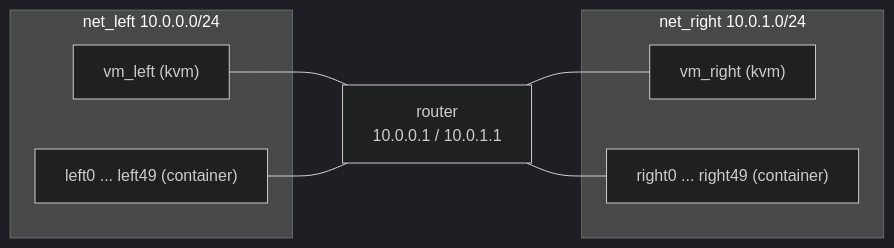
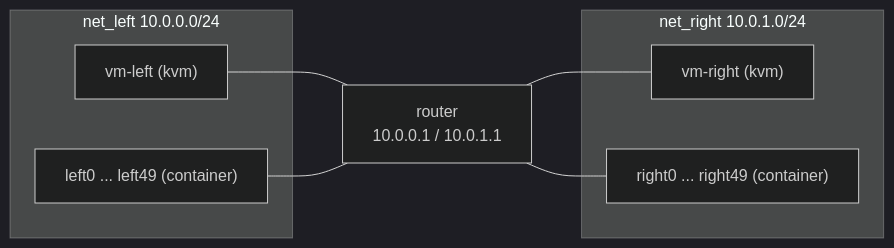
Before and after one commit to sandia-minimega/minimega: the diagram in doc/content/training/miniclass/17-containers.md, drawn with Mermaid (dark theme). The commit also changed other lines of this file and 40 other files, not shown here.

````diff
--- a/doc/content/training/miniclass/17-containers.md
+++ b/doc/content/training/miniclass/17-containers.md
@@ -233,15 +233,15 @@
 ```mermaid
 flowchart LR
     subgraph left["net_left 10.0.0.0/24"]
-        vm_left["vm_left (kvm)"]
+        vm-left["vm-left (kvm)"]
         l["left0 ... left49 (container)"]
     end
     subgraph right["net_right 10.0.1.0/24"]
-        vm_right["vm_right (kvm)"]
+        vm-right["vm-right (kvm)"]
         r["right0 ... right49 (container)"]
     end
-    vm_left --- router
+    vm-left --- router
     l --- router
-    router["router<br>10.0.0.1 / 10.0.1.1"] --- vm_right
+    router["router<br>10.0.0.1 / 10.0.1.1"] --- vm-right
     router --- r
 ```
````
